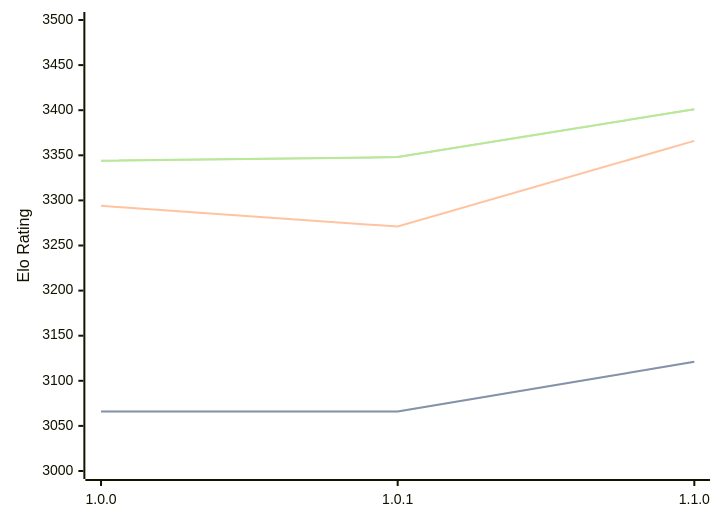
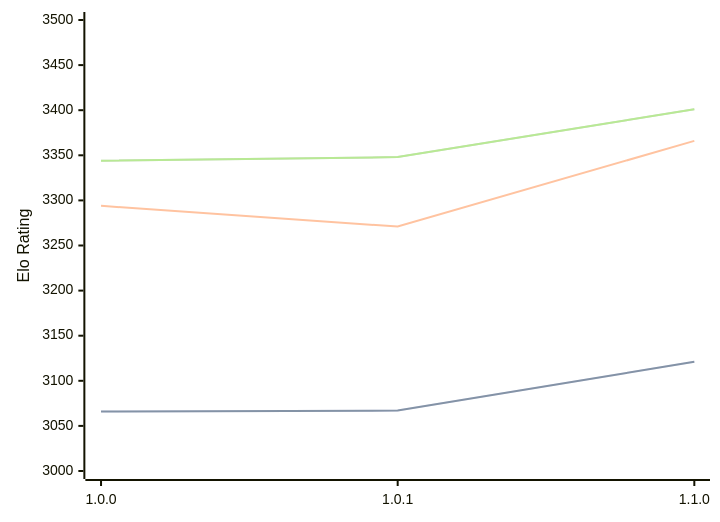
Before and after one commit to computer-chess-index/cci: the diagram in engines/Ursus.md, drawn with Mermaid. The commit also changed other lines of this file, not shown here.

````diff
--- a/engines/Ursus.md
+++ b/engines/Ursus.md
@@ -33,11 +33,11 @@
 ```mermaid
 %%{init: {"theme":"base","themeVariables":{"seriesColors:['#a3a3a3','#222221','#faa371']}}}%%
 xychart-beta
   x-axis ["1.0.0", "1.0.1", "1.1.0"]
   y-axis "Elo Rating" 3000 --> 3500
-  line "" [3066, 3066, 3121]
-  line "STC (8.0+0.08s)" [3066, 3066, 3121]
+  line "" [3066, 3067, 3121]
+  line "STC (8.0+0.08s)" [3066, 3067, 3121]
   line "LTC (60.0+0.60s)" [3294, 3271, 3366]
   line "" [3344, 3348, 3401]
   line "VLTC (2m24s+1.12s)" [3344, 3348, 3401]
 ```
````
